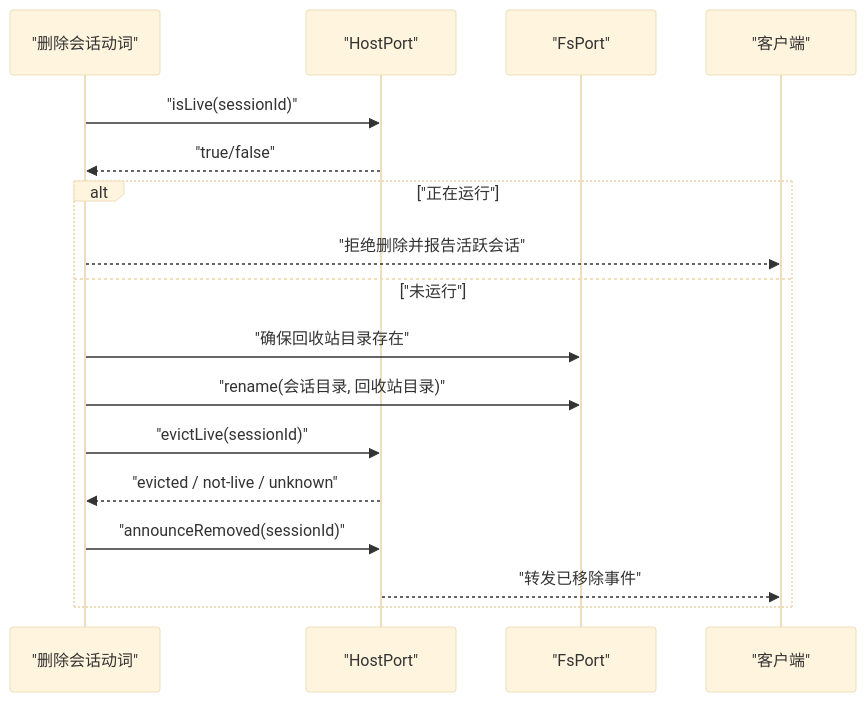
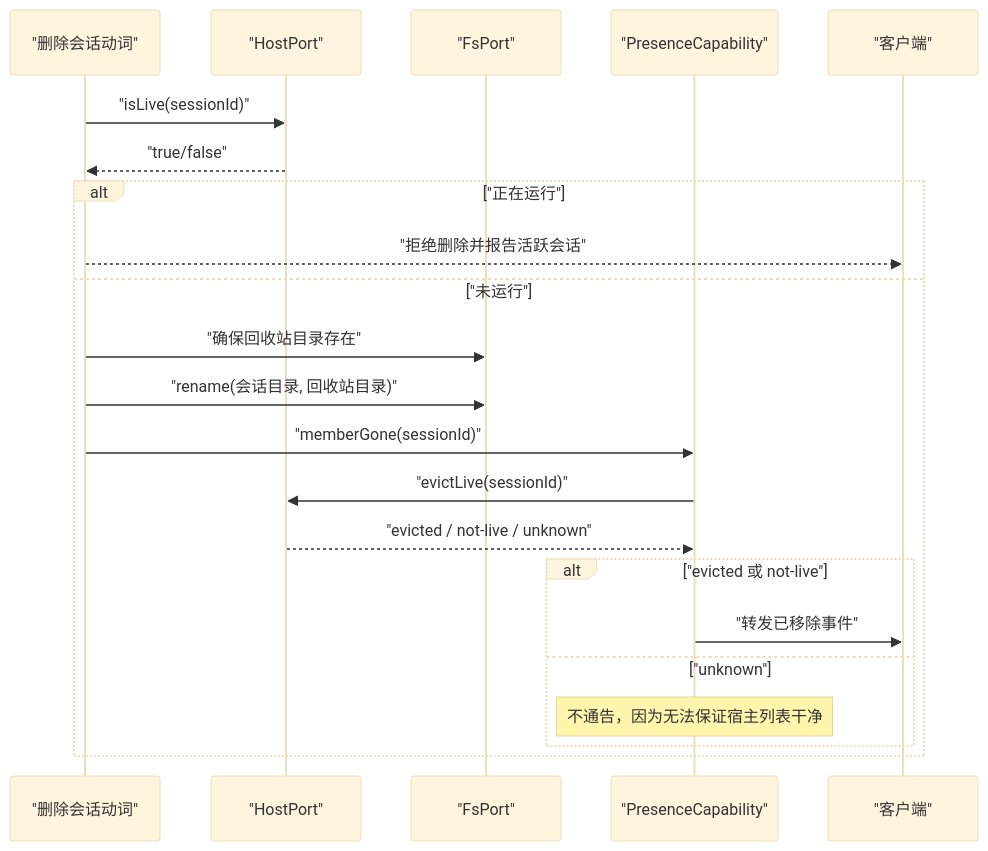
Before and after one commit to xrn1997/dsh-session-delete: the second of 6 diagrams in .qoder/repowiki/zh/content/端口适配与宿主集成.md, drawn with Mermaid (base theme). The commit also changed other lines of this file and 36 other files, not shown here.

````diff
--- a/.qoder/repowiki/zh/content/端口适配与宿主集成.md
+++ b/.qoder/repowiki/zh/content/端口适配与宿主集成.md
@@ -156,20 +231,25 @@
 ```mermaid
 sequenceDiagram
   participant Verb as "删除会话动词"
   participant Host as "HostPort"
   participant Fs as "FsPort"
+  participant Presence as "PresenceCapability"
   participant Client as "客户端"
 
   Verb->>Host: "isLive(sessionId)"
   Host-->>Verb: "true/false"
   alt "正在运行"
     Verb-->>Client: "拒绝删除并报告活跃会话"
   else "未运行"
     Verb->>Fs: "确保回收站目录存在"
     Verb->>Fs: "rename(会话目录, 回收站目录)"
-    Verb->>Host: "evictLive(sessionId)"
-    Host-->>Verb: "evicted / not-live / unknown"
-    Verb->>Host: "announceRemoved(sessionId)"
-    Host-->>Client: "转发已移除事件"
+    Verb->>Presence: "memberGone(sessionId)"
+    Presence->>Host: "evictLive(sessionId)"
+    Host-->>Presence: "evicted / not-live / unknown"
+    alt "evicted 或 not-live"
+      Presence->>Client: "转发已移除事件"
+    else "unknown"
+      Note over Presence: 不通告，因为无法保证宿主列表干净
+    end
   end
 ```
````
